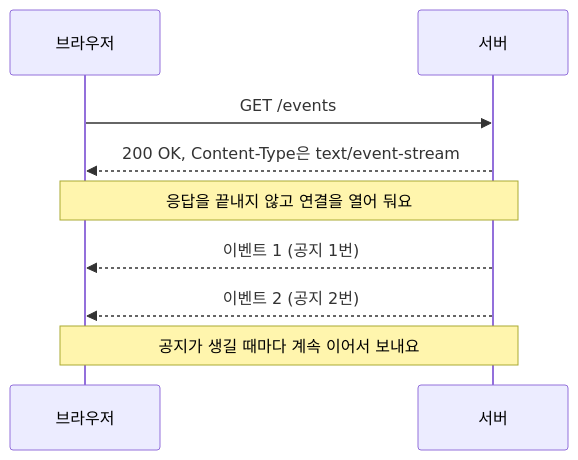
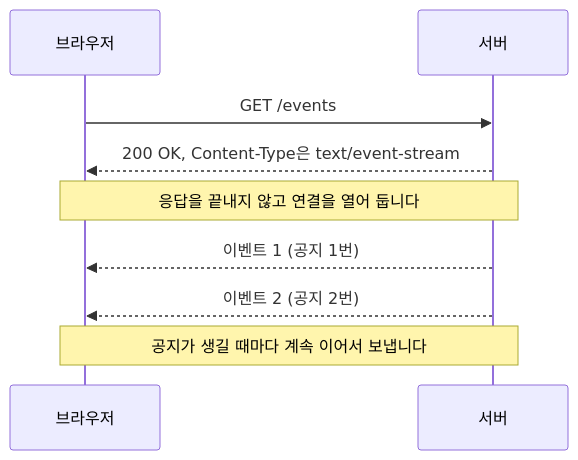
The third of 9 diagrams in docs/01-concept.md (joonhok-fittube/codeit-fullstack-assignment), drawn with Mermaid before and after one commit. The commit also changed other lines of this file and 3 other files, not shown here.

````diff
--- a/docs/01-concept.md
+++ b/docs/01-concept.md
@@ -128,11 +128,11 @@
 ```mermaid
 sequenceDiagram
     participant B as 브라우저
     participant S as 서버
     B->>S: GET /events
     S-->>B: 200 OK, Content-Type은 text/event-stream
-    Note over B,S: 응답을 끝내지 않고 연결을 열어 둬요
+    Note over B,S: 응답을 끝내지 않고 연결을 열어 둡니다
     S-->>B: 이벤트 1 (공지 1번)
     S-->>B: 이벤트 2 (공지 2번)
-    Note over B,S: 공지가 생길 때마다 계속 이어서 보내요
+    Note over B,S: 공지가 생길 때마다 계속 이어서 보냅니다
 ```
````
